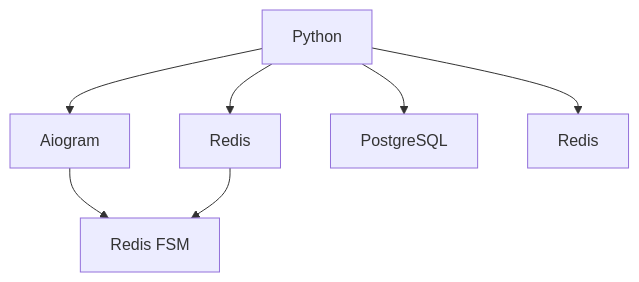
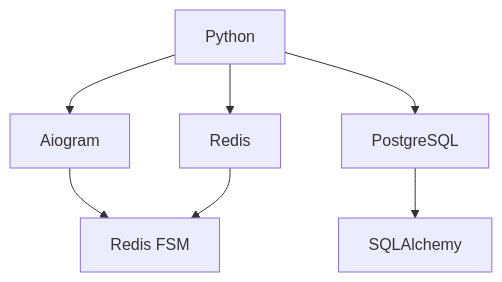
Before and after one commit to nihosprop/nihosprop: the diagram in diagram.mmd, drawn with Mermaid.

Commit message:
refactor(diagram): update

```diff
--- a/diagram.mmd
+++ b/diagram.mmd
@@ -1,7 +1,7 @@
 graph TB
     A[Python] --> B[Aiogram]
     B --> BA[Redis FSM]
     C --> BA[Redis FSM]
     A --> C[Redis]
     A --> D[PostgreSQL]
-    A --> E[Redis]
+    D --> F[SQLAlchemy]
```
